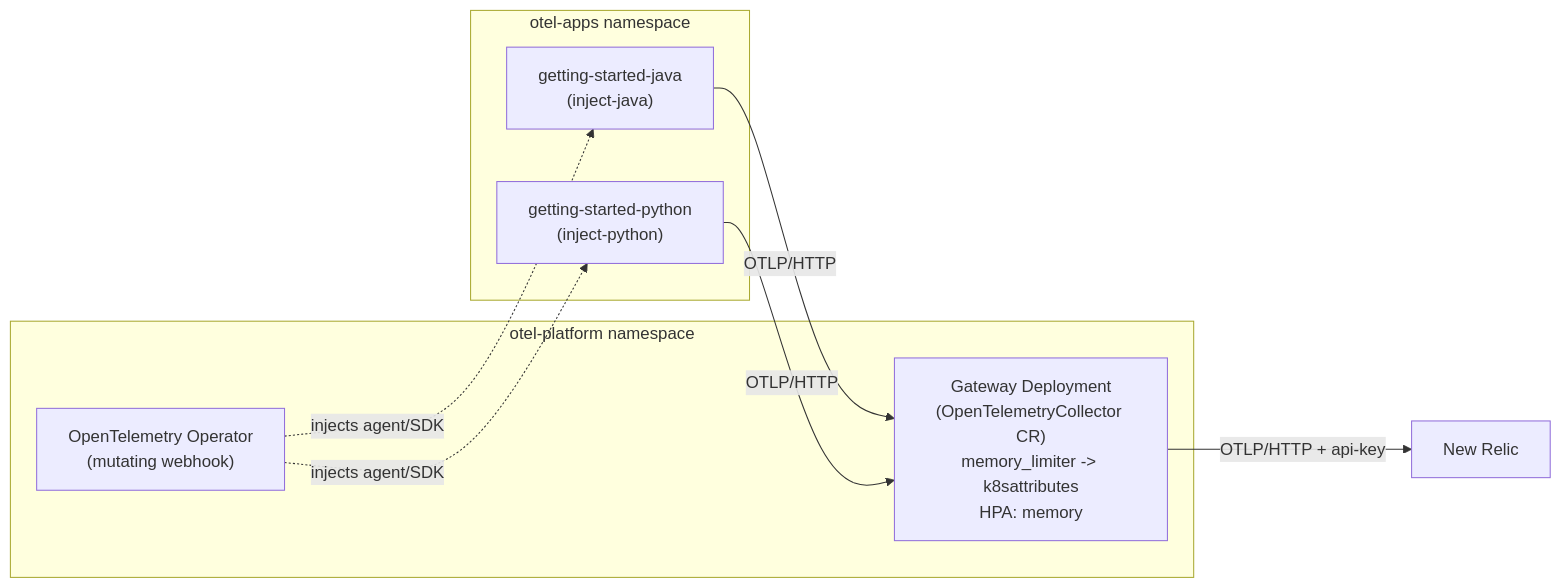
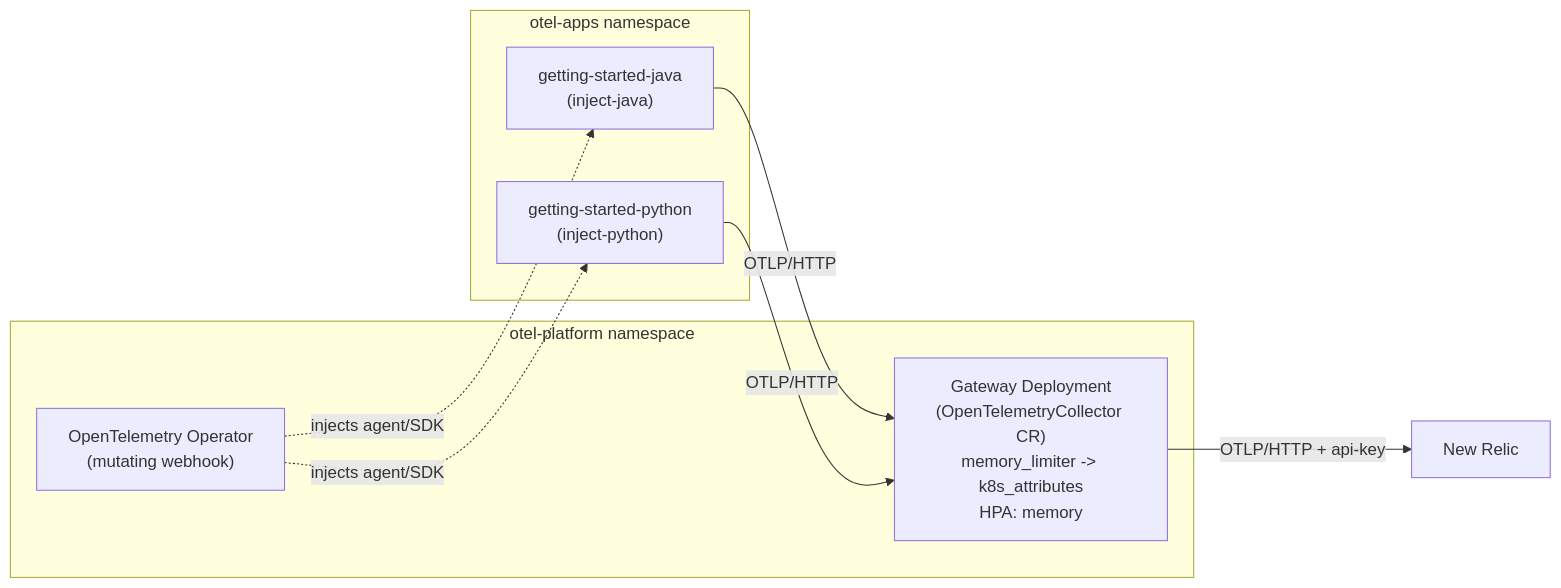
The diagram in other-examples/operator/README.md (newrelic/newrelic-opentelemetry-examples), drawn with Mermaid before and after one commit. The commit also changed other lines of this file and 6 other files, not shown here.

````diff
--- a/other-examples/operator/README.md
+++ b/other-examples/operator/README.md
@@ -12,18 +12,18 @@
 ```mermaid
 flowchart LR
     subgraph platform["otel-platform namespace"]
         webhook["OpenTelemetry Operator<br/>(mutating webhook)"]
-        gw["Gateway Deployment<br/>(OpenTelemetryCollector CR)<br/>memory_limiter -&gt; k8sattributes<br/>HPA: memory"]
+        gw["Gateway Deployment<br/>(OpenTelemetryCollector CR)<br/>memory_limiter -&gt; k8s_attributes<br/>HPA: memory"]
     end
 
     subgraph apps["otel-apps namespace"]
         java["getting-started-java<br/>(inject-java)"]
         python["getting-started-python<br/>(inject-python)"]
     end
 
     webhook -. injects agent/SDK .-> java
     webhook -. injects agent/SDK .-> python
     java -- OTLP/HTTP --> gw
     python -- OTLP/HTTP --> gw
     gw -- OTLP/HTTP + api-key --> nr["New Relic"]
 ```
````
